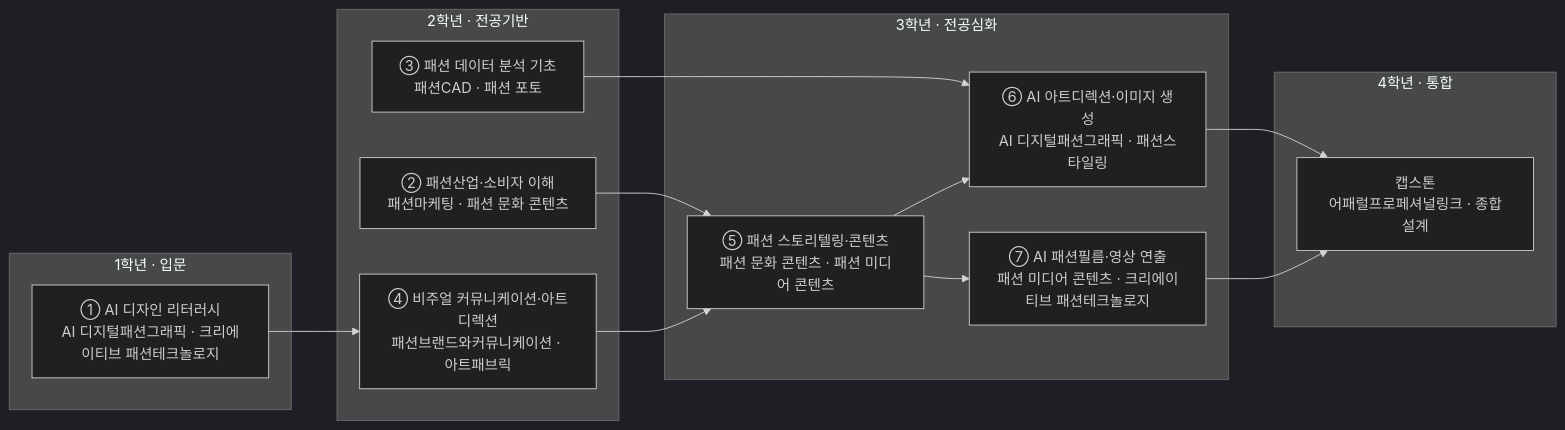
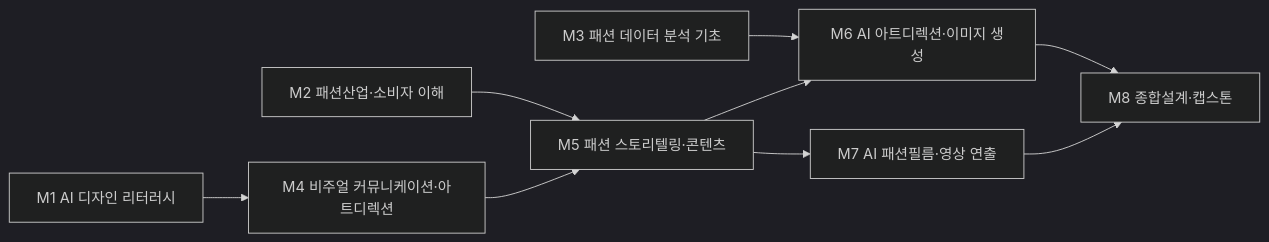
Before and after one commit to parclab-hsu/ai-curriculum-2026: the diagram in docs/design/fashion-creative-direction.md, drawn with Mermaid (dark theme). The commit also changed other lines of this file and 22 other files, not shown here.

````diff
--- a/docs/design/fashion-creative-direction.md
+++ b/docs/design/fashion-creative-direction.md
@@ -103,27 +117,11 @@
 ```mermaid
 flowchart LR
-  subgraph Y1["1학년 · 입문"]
-    A0["① AI 디자인 리터러시<br/>AI 디지털패션그래픽 · 크리에이티브 패션테크놀로지"]
-  end
-  subgraph Y2["2학년 · 전공기반"]
-    M2["② 패션산업·소비자 이해<br/>패션마케팅 · 패션 문화 콘텐츠"]
-    M3["③ 패션 데이터 분석 기초<br/>패션CAD · 패션 포토"]
-    M4["④ 비주얼 커뮤니케이션·아트디렉션<br/>패션브랜드와커뮤니케이션 · 아트패브릭"]
-  end
-  subgraph Y3["3학년 · 전공심화"]
-    M5["⑤ 패션 스토리텔링·콘텐츠<br/>패션 문화 콘텐츠 · 패션 미디어 콘텐츠"]
-    M6["⑥ AI 아트디렉션·이미지 생성<br/>AI 디지털패션그래픽 · 패션스타일링"]
-    M7["⑦ AI 패션필름·영상 연출<br/>패션 미디어 콘텐츠 · 크리에이티브 패션테크놀로지"]
-  end
-  subgraph Y4["4학년 · 통합"]
-    CAP["캡스톤<br/>어패럴프로페셔널링크 · 종합설계"]
-  end
-  A0 --> M4
-  M2 --> M5
-  M3 --> M6
+  M1["M1 AI 디자인 리터러시"] --> M4["M4 비주얼 커뮤니케이션·아트디렉션"]
+  M2["M2 패션산업·소비자 이해"] --> M5["M5 패션 스토리텔링·콘텐츠"]
+  M3["M3 패션 데이터 분석 기초"] --> M6["M6 AI 아트디렉션·이미지 생성"]
   M4 --> M5
   M5 --> M6
-  M5 --> M7
-  M6 --> CAP
-  M7 --> CAP
+  M5 --> M7["M7 AI 패션필름·영상 연출"]
+  M6 --> M8["M8 종합설계·캡스톤"]
+  M7 --> M8
 ```
````
